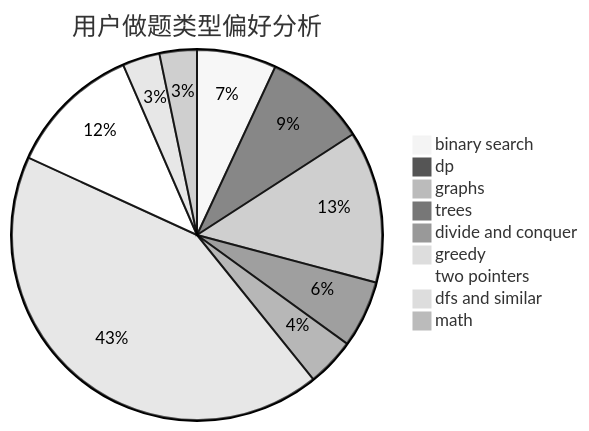
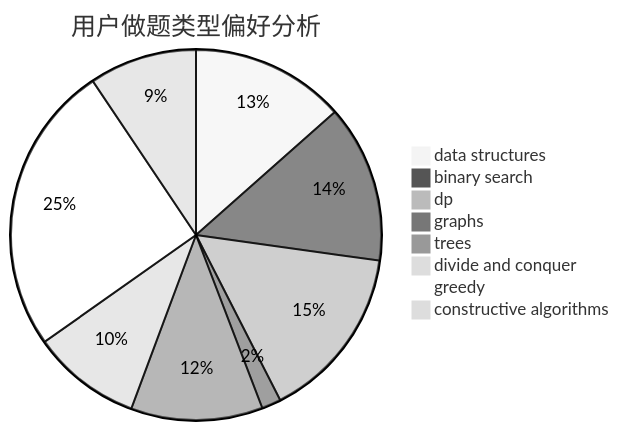
One commit to sherpahu/cfrs.github.io changed the second of 3 diagrams in docs/user/u703.md. Above: the diagram before and after it, drawn with Mermaid (neutral theme). The commit also changed other lines of this file and 2775 other files, not shown here.

````diff
--- a/docs/user/u703.md
+++ b/docs/user/u703.md
@@ -23,12 +23,11 @@
 ```mermaid
 pie title 用户做题类型偏好分析
-    "binary search" :  115
-    "dp" :  148
-    "graphs" :  220
-    "trees" :  97
-    "divide and conquer" :  70
-    "greedy" :  707
-    "two pointers" :  193
-    "dfs and similar" :  54
-    "math" :  54
+    "data structures" :  96
+    "binary search" :  98
+    "dp" :  109
+    "graphs" :  12
+    "trees" :  82
+    "divide and conquer" :  68
+    "greedy" :  181
+    "constructive algorithms" :  67
 ```
````
